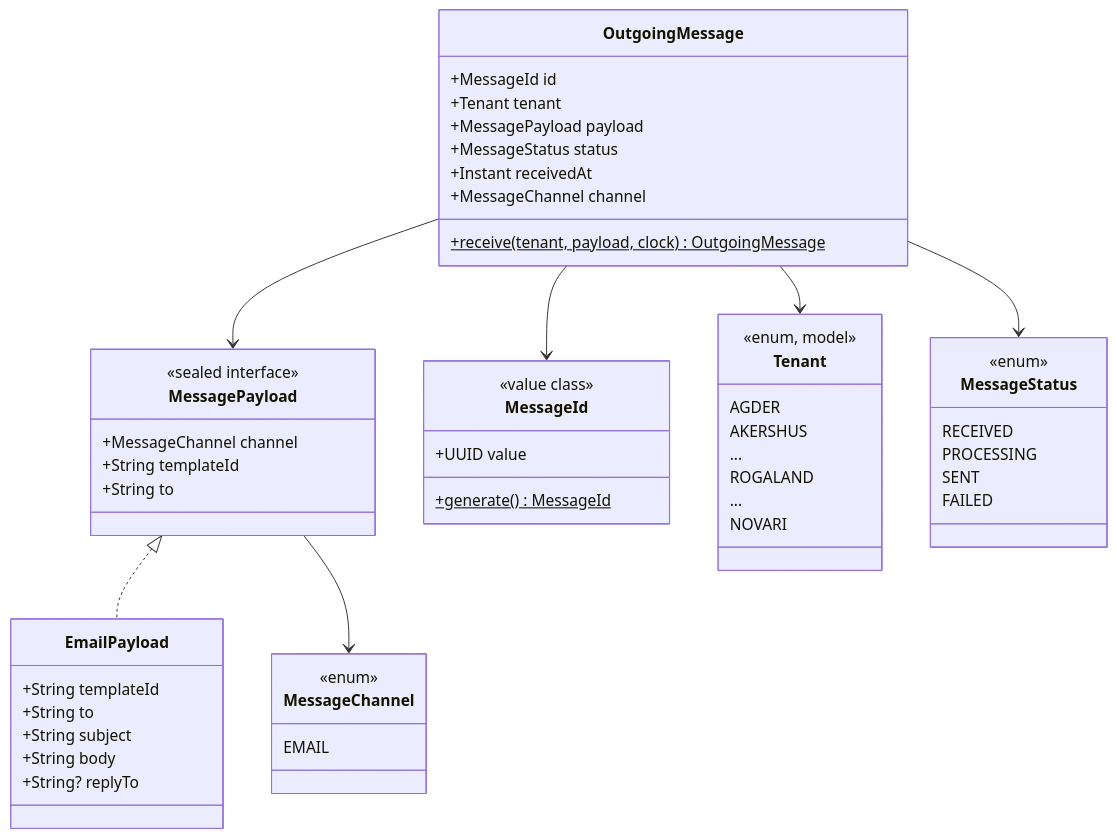
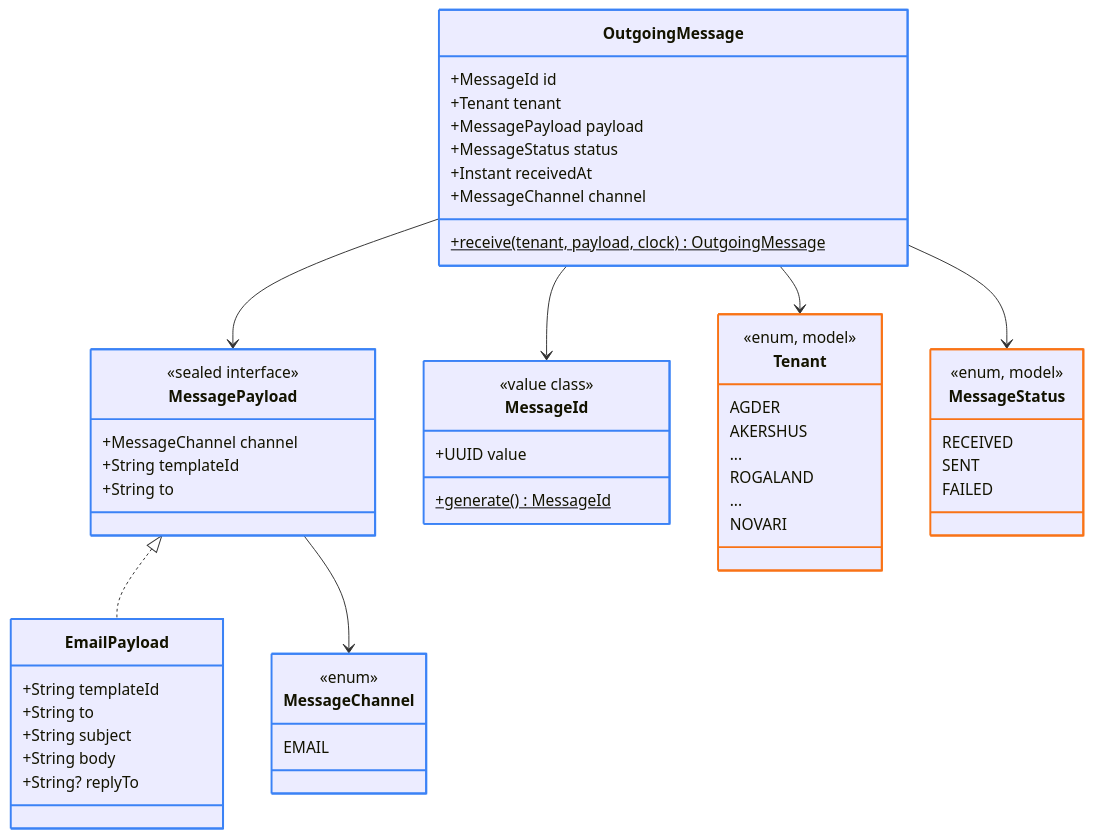
One commit to FINTLabs/fint-communication-service changed the fourth of 14 diagrams in docs/architecture.md. Above: the diagram before and after it, drawn with Mermaid. The commit also changed other lines of this file and 33 other files, not shown here.

````diff
--- a/docs/architecture.md
+++ b/docs/architecture.md
@@ -246,57 +297,64 @@
 ```mermaid
 classDiagram
     class OutgoingMessage {
         +MessageId id
         +Tenant tenant
         +MessagePayload payload
         +MessageStatus status
         +Instant receivedAt
         +MessageChannel channel
         +receive(tenant, payload, clock)$ OutgoingMessage
     }
     class MessagePayload {
         <<sealed interface>>
         +MessageChannel channel
         +String templateId
         +String to
     }
     class EmailPayload {
         +String templateId
         +String to
         +String subject
         +String body
         +String? replyTo
     }
     class MessageId {
         <<value class>>
         +UUID value
         +generate()$ MessageId
     }
     class Tenant {
         <<enum, model>>
         AGDER
         AKERSHUS
         ...
         ROGALAND
         ...
         NOVARI
     }
     class MessageStatus {
-        <<enum>>
+        <<enum, model>>
         RECEIVED
-        PROCESSING
         SENT
         FAILED
     }
     class MessageChannel {
         <<enum>>
         EMAIL
     }
 
     OutgoingMessage --> MessageId
     OutgoingMessage --> Tenant
     OutgoingMessage --> MessagePayload
     OutgoingMessage --> MessageStatus
     MessagePayload <|.. EmailPayload
     MessagePayload --> MessageChannel
+
+    style OutgoingMessage stroke:#3B82F6,stroke-width:2px
+    style MessagePayload stroke:#3B82F6,stroke-width:2px
+    style EmailPayload stroke:#3B82F6,stroke-width:2px
+    style MessageId stroke:#3B82F6,stroke-width:2px
+    style MessageChannel stroke:#3B82F6,stroke-width:2px
+    style Tenant stroke:#F97316,stroke-width:2px
+    style MessageStatus stroke:#F97316,stroke-width:2px
 ```
````
